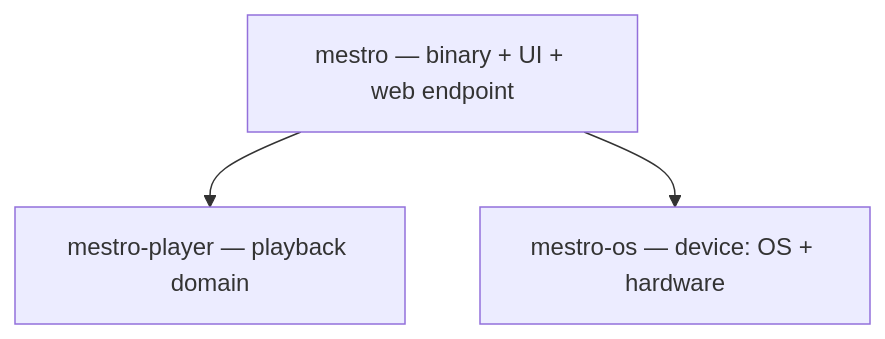
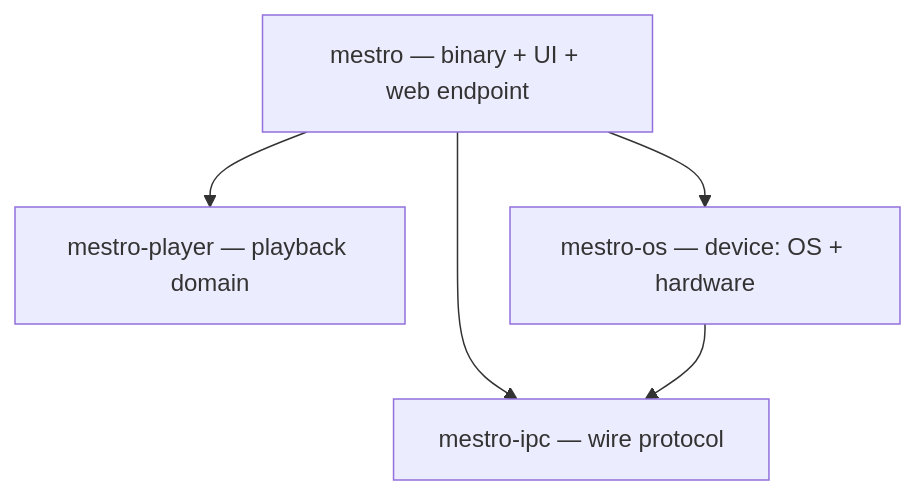
One commit to davidborzek/mestro changed the diagram in docs/architecture.md. Above: the diagram before and after it, drawn with Mermaid. The commit also changed other lines of this file and 40 other files, not shown here.

Commit message:
refactor: move the wire protocol into mestro-ipc

````diff
--- a/docs/architecture.md
+++ b/docs/architecture.md
@@ -32,5 +34,7 @@
 ```mermaid
 graph TD
   mestro["mestro — binary + UI + web endpoint"] --> player["mestro-player — playback domain"]
   mestro --> os["mestro-os — device: OS + hardware"]
+  mestro --> ipc["mestro-ipc — wire protocol"]
+  os --> ipc
 ```
````
